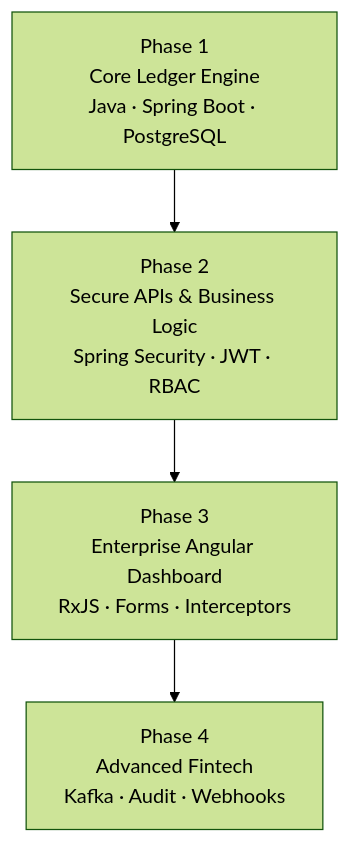
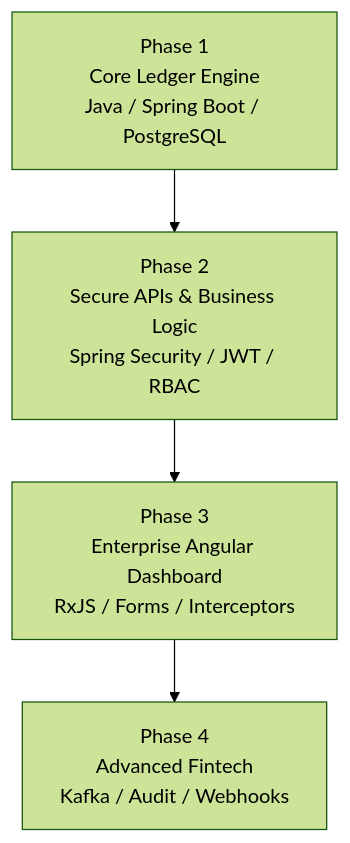
The second of 5 diagrams in README.md (SmartJk123/Fintech-Stack), drawn with Mermaid (forest theme) before and after one commit. The commit also changed other lines of this file, not shown here.

````diff
--- a/README.md
+++ b/README.md
@@ -172,6 +166,6 @@
 ```mermaid
 flowchart TD
-    P1[Phase 1<br/>Core Ledger Engine<br/>Java · Spring Boot · PostgreSQL] --> P2[Phase 2<br/>Secure APIs & Business Logic<br/>Spring Security · JWT · RBAC]
-    P2 --> P3[Phase 3<br/>Enterprise Angular Dashboard<br/>RxJS · Forms · Interceptors]
-    P3 --> P4[Phase 4<br/>Advanced Fintech<br/>Kafka · Audit · Webhooks]
+    P1[Phase 1<br/>Core Ledger Engine<br/>Java / Spring Boot / PostgreSQL] --> P2[Phase 2<br/>Secure APIs & Business Logic<br/>Spring Security / JWT / RBAC]
+    P2 --> P3[Phase 3<br/>Enterprise Angular Dashboard<br/>RxJS / Forms / Interceptors]
+    P3 --> P4[Phase 4<br/>Advanced Fintech<br/>Kafka / Audit / Webhooks]
 ```
````
